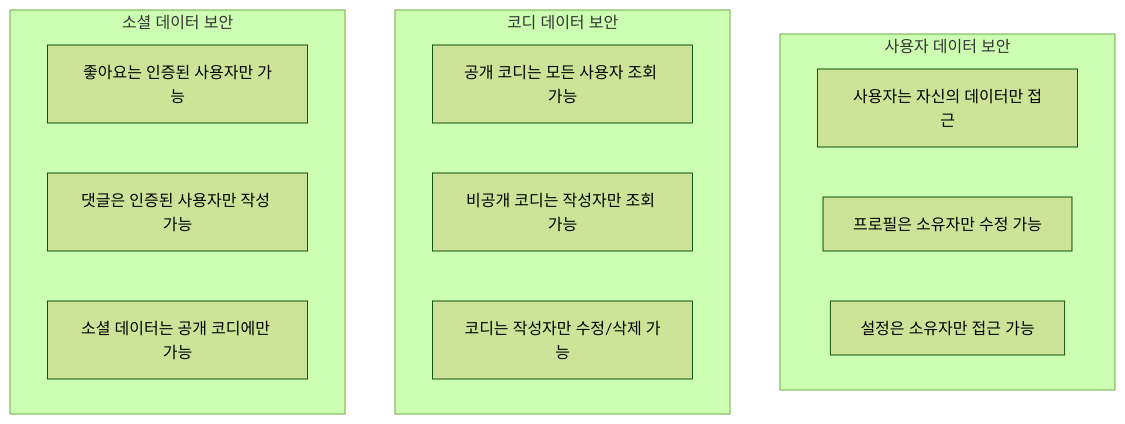
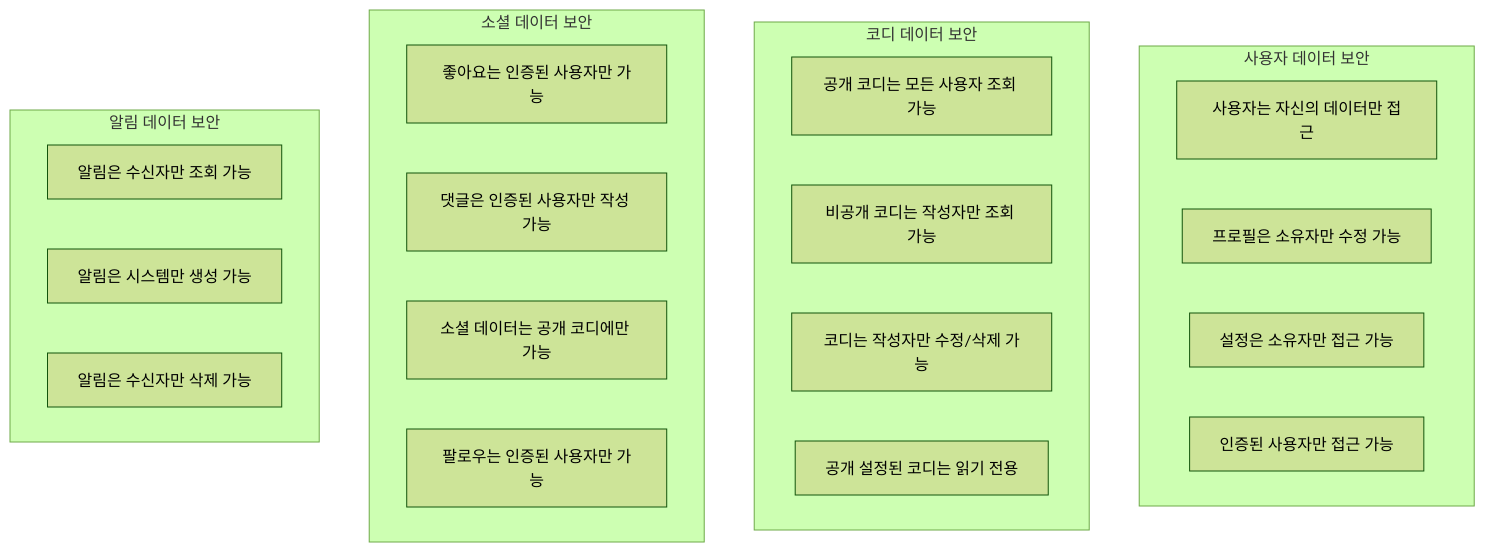
One commit to suengyeon/fitweather changed the ninth of 9 diagrams in ERD_Diagram.md. Above: the diagram before and after it, drawn with Mermaid (forest theme). The commit also changed other lines of this file and 12 other files, not shown here.

````diff
--- a/ERD_Diagram.md
+++ b/ERD_Diagram.md
@@ -238,20 +369,29 @@
 ```mermaid
 graph TB
     subgraph "사용자 데이터 보안"
         UserRule[사용자는 자신의 데이터만 접근]
         ProfileRule[프로필은 소유자만 수정 가능]
         SettingsRule[설정은 소유자만 접근 가능]
+        AuthRule[인증된 사용자만 접근 가능]
     end
     
     subgraph "코디 데이터 보안"
         OutfitRule[공개 코디는 모든 사용자 조회 가능]
         PrivateRule[비공개 코디는 작성자만 조회 가능]
         ModifyRule[코디는 작성자만 수정/삭제 가능]
+        PublicReadRule[공개 설정된 코디는 읽기 전용]
     end
     
     subgraph "소셜 데이터 보안"
         LikeRule[좋아요는 인증된 사용자만 가능]
         CommentRule[댓글은 인증된 사용자만 작성 가능]
         SocialRule[소셜 데이터는 공개 코디에만 가능]
+        FollowRule[팔로우는 인증된 사용자만 가능]
+    end
+    
+    subgraph "알림 데이터 보안"
+        NotiReadRule[알림은 수신자만 조회 가능]
+        NotiWriteRule[알림은 시스템만 생성 가능]
+        NotiDeleteRule[알림은 수신자만 삭제 가능]
     end
 ```
````
